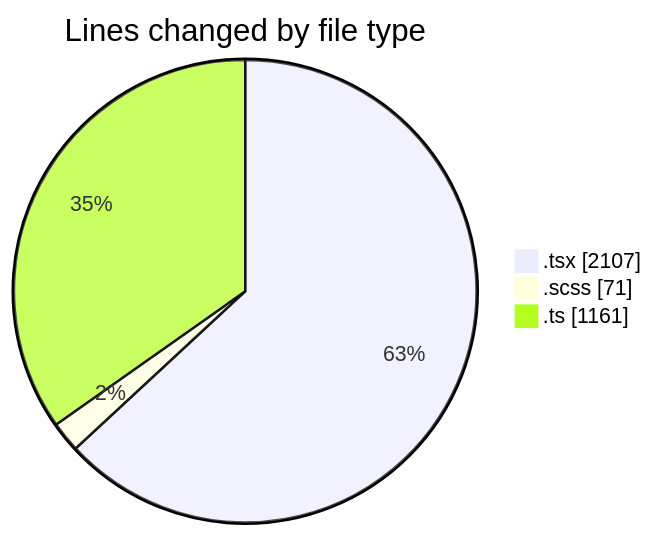
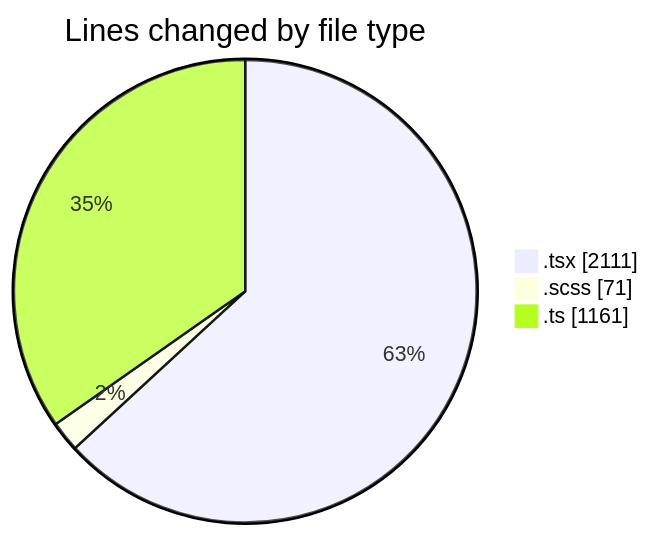
Before and after one commit to momahboobian/code-tracking: the first of 2 diagrams in 2026-09-10/cda/README.md, drawn with Mermaid. The commit also changed other lines of this file and 1 other file, not shown here.

````diff
--- a/2026-09-10/cda/README.md
+++ b/2026-09-10/cda/README.md
@@ -30,7 +30,7 @@
 ```mermaid
 pie showData
 title Lines changed by file type
-".tsx" : 2107
+".tsx" : 2111
 ".scss" : 71
 ".ts" : 1161
 ```
````
